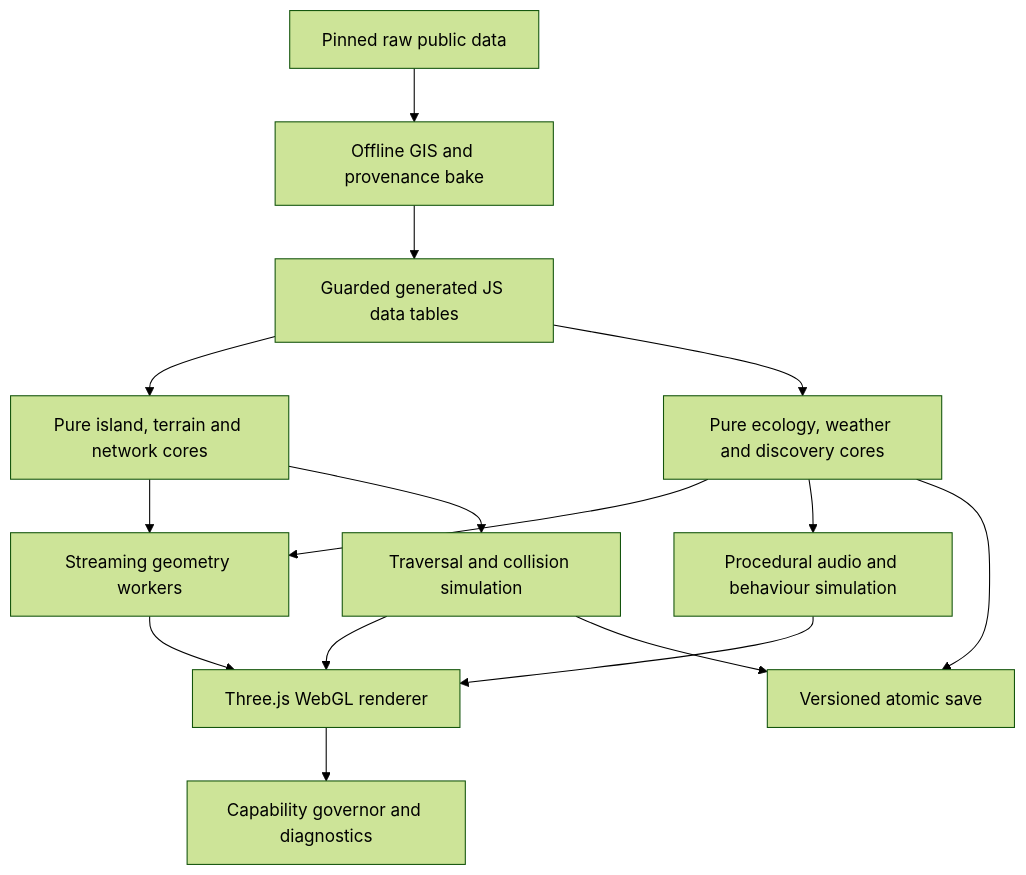
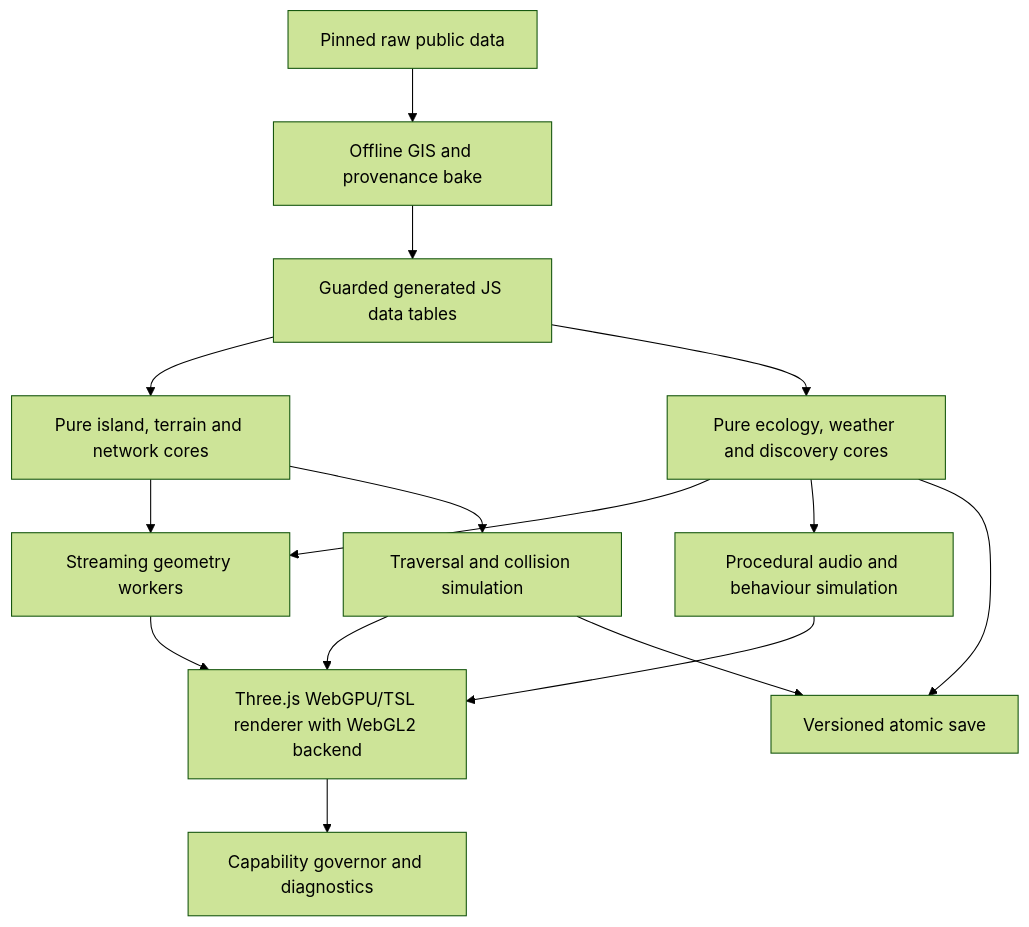
The first of 2 diagrams in docs/superpowers/specs/2026-08-09-androsstead-design.md (jamescockburn47/marsstead), drawn with Mermaid (forest theme) before and after one commit. The commit also changed other lines of this file, not shown here.

Commit message:
docs: adopt WebGPU water architecture

````diff
--- a/docs/superpowers/specs/2026-08-09-androsstead-design.md
+++ b/docs/superpowers/specs/2026-08-09-androsstead-design.md
@@ -216,17 +216,17 @@
 ```mermaid
 flowchart TD
     A["Pinned raw public data"] --> B["Offline GIS and provenance bake"]
     B --> C["Guarded generated JS data tables"]
     C --> D["Pure island, terrain and network cores"]
     C --> E["Pure ecology, weather and discovery cores"]
     D --> F["Streaming geometry workers"]
     E --> F
     D --> G["Traversal and collision simulation"]
     E --> H["Procedural audio and behaviour simulation"]
-    F --> I["Three.js WebGL renderer"]
+    F --> I["Three.js WebGPU/TSL renderer with WebGL2 backend"]
     G --> I
     H --> I
     I --> J["Capability governor and diagnostics"]
     E --> K["Versioned atomic save"]
     G --> K
 ```
````
